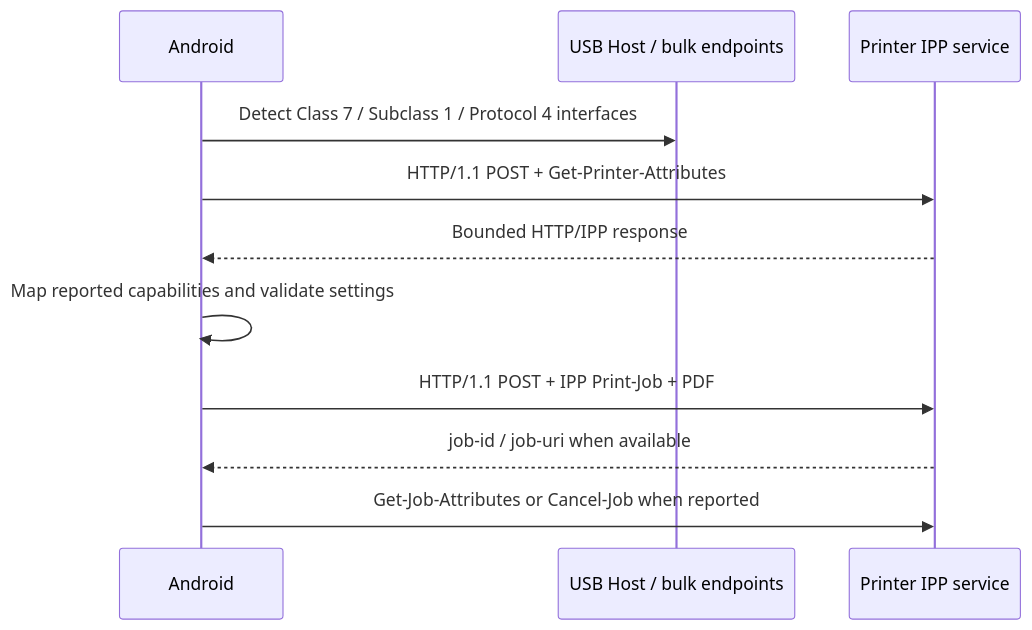
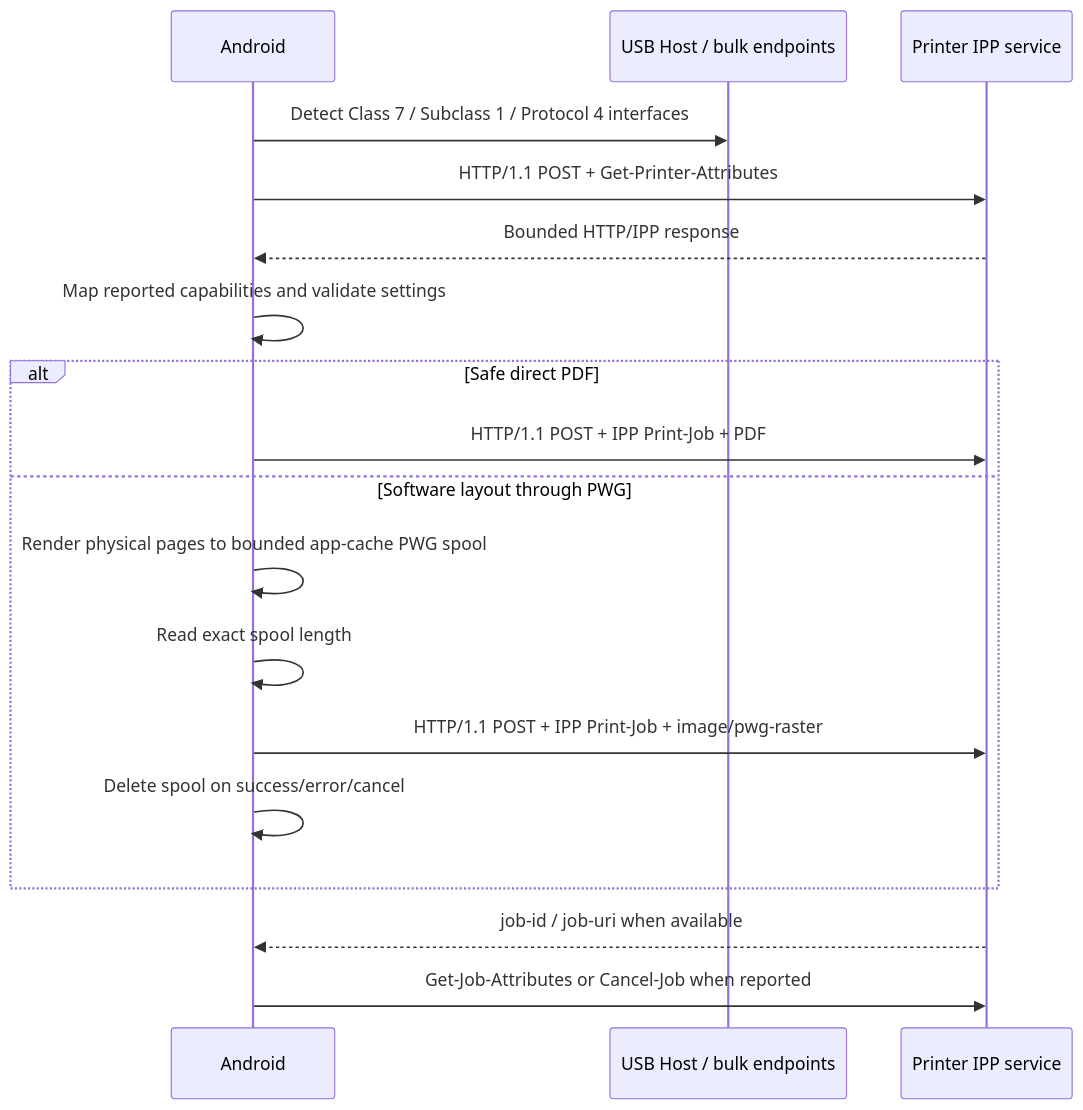
One commit to scholnik123/usb-print-android changed the fourth of 4 diagrams in docs/ARCHITECTURE.md. Above: the diagram before and after it, drawn with Mermaid. The commit also changed other lines of this file and 7 other files, not shown here.

Commit message:
docs: document IPP PWG development support

````diff
--- a/docs/ARCHITECTURE.md
+++ b/docs/ARCHITECTURE.md
@@ -97,13 +99,20 @@
 ```mermaid
 sequenceDiagram
     participant Android
     participant USB as USB Host / bulk endpoints
     participant IPP as Printer IPP service
     Android->>USB: Detect Class 7 / Subclass 1 / Protocol 4 interfaces
     Android->>IPP: HTTP/1.1 POST + Get-Printer-Attributes
     IPP-->>Android: Bounded HTTP/IPP response
     Android->>Android: Map reported capabilities and validate settings
-    Android->>IPP: HTTP/1.1 POST + IPP Print-Job + PDF
+    alt Safe direct PDF
+        Android->>IPP: HTTP/1.1 POST + IPP Print-Job + PDF
+    else Software layout through PWG
+        Android->>Android: Render physical pages to bounded app-cache PWG spool
+        Android->>Android: Read exact spool length
+        Android->>IPP: HTTP/1.1 POST + IPP Print-Job + image/pwg-raster
+        Android->>Android: Delete spool on success/error/cancel
+    end
     IPP-->>Android: job-id / job-uri when available
     Android->>IPP: Get-Job-Attributes or Cancel-Job when reported
 ```
````
